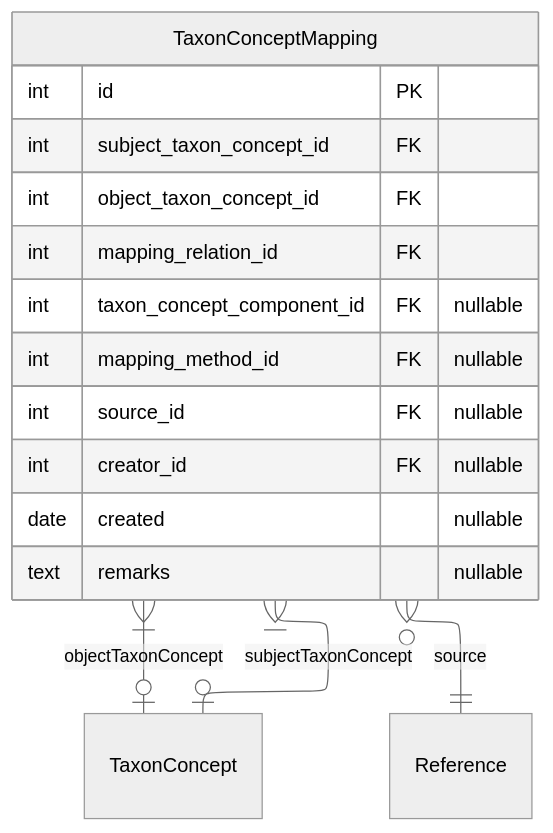
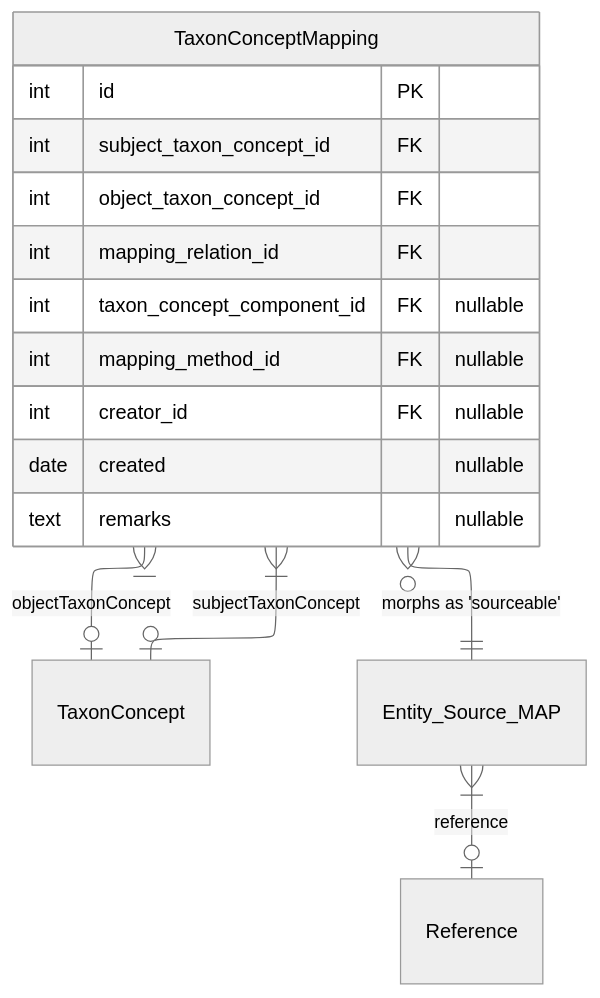
Before and after one commit to vicflora/vicflora-data-model-2026: the second of 18 diagrams in docs/layers.md, drawn with Mermaid (neutral theme). The commit also changed other lines of this file, not shown here.

````diff
--- a/docs/layers.md
+++ b/docs/layers.md
@@ -69,27 +69,24 @@
 ```mermaid
 ---
 config:
     layout: elk
 ---
 erDiagram
     TaxonConceptMapping }|--o| TaxonConcept : "subjectTaxonConcept"
     TaxonConceptMapping }|--o| TaxonConcept : "objectTaxonConcept"
-%%    TaxonConceptMapping }|--|| ControlledTerm : "mappingRelation"
-%%    TaxonConceptMapping }o--|| ControlledTerm : "taxonConceptComponent"
-%%    TaxonConceptMapping }o--|| ControlledTerm : "mappingMethod"
-    TaxonConceptMapping }o--|| Reference : "source"
+    TaxonConceptMapping }o--|| Entity_Source_MAP : "morphs as 'sourceable'"
+    Entity_Source_MAP }|--o| Reference : "reference"
     
 
     TaxonConceptMapping {
         int id PK
         int subject_taxon_concept_id FK
         int object_taxon_concept_id FK
         int mapping_relation_id FK
         int taxon_concept_component_id FK "nullable"
         int mapping_method_id FK "nullable"
-        int source_id FK "nullable"
         int creator_id FK "nullable"
         date created "nullable"
         text remarks "nullable"
     }
 ```
````
